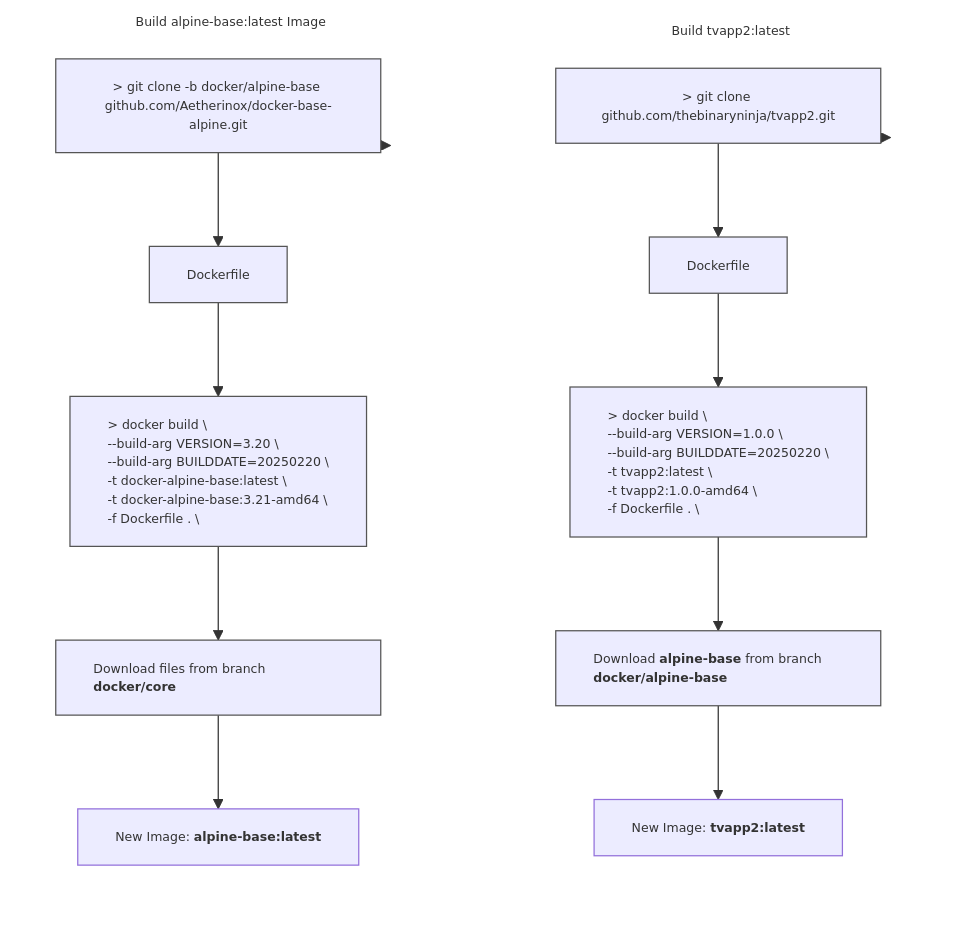
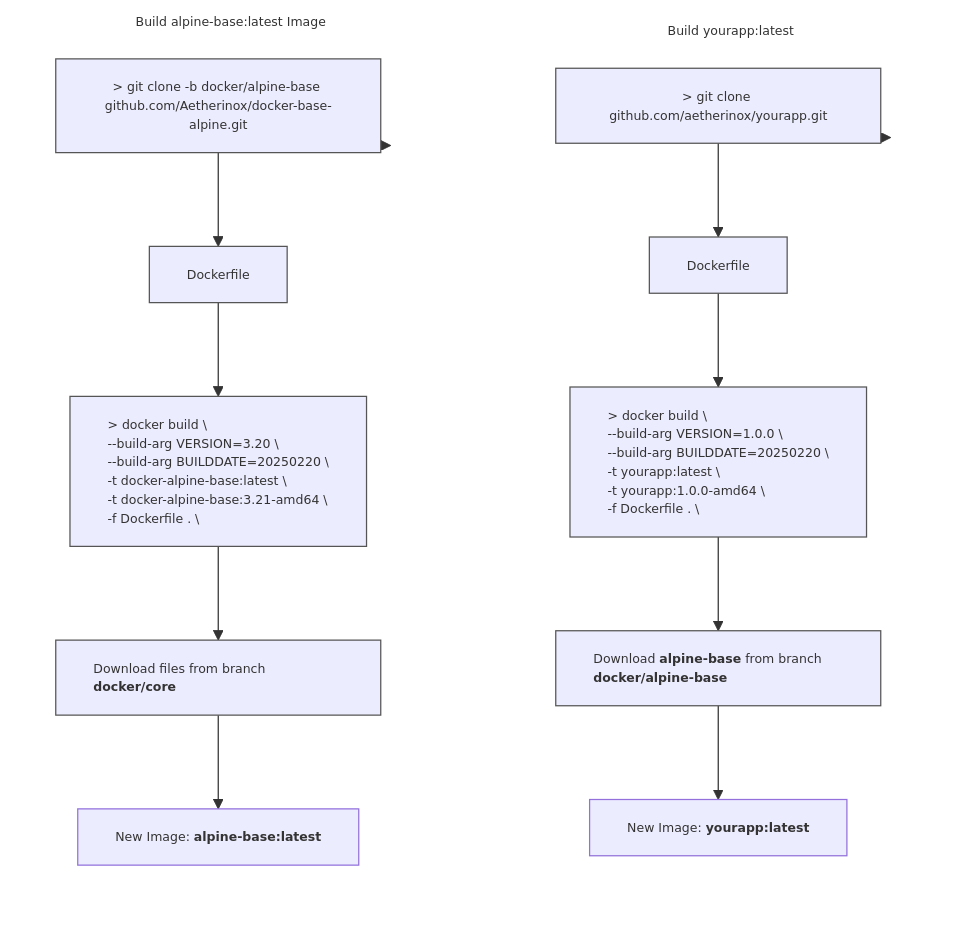
The diagram in README.md (aetherinox/docker-base-alpine), drawn with Mermaid before and after one commit. The commit also changed other lines of this file, not shown here.

````diff
--- a/README.md
+++ b/README.md
@@ -862,49 +870,49 @@
 ```mermaid
 %%{init: { 'themeVariables': { 'fontSize': '10px' }}}%%
 flowchart TB
 
-subgraph GRAPH_TVAPP ["Build tvapp2:latest"]
+subgraph GRAPH_TVAPP ["Build yourapp:latest"]
     direction TB
-    obj_step10["`&gt; git clone github.com/thebinaryninja/tvapp2.git`"]
+    obj_step10["`&gt; git clone github.com/aetherinox/yourapp.git`"]
     obj_step11["`Dockerfile`"]
     obj_step12["`&gt; docker build &bsol;
     --build-arg VERSION=1.0.0 &bsol;
     --build-arg BUILDDATE=20250220 &bsol;
-    -t tvapp2:latest &bsol;
-    -t tvapp2:1.0.0-amd64 &bsol;
+    -t yourapp:latest &bsol;
+    -t yourapp:1.0.0-amd64 &bsol;
     -f Dockerfile . &bsol;`"]
     obj_step13["`Download **alpine-base** from branch **docker/alpine-base**`"]
-    obj_step14["`New Image: **tvapp2:latest**`"]
+    obj_step14["`New Image: **yourapp:latest**`"]
 
     style obj_step10 text-align:center,stroke-width:1px,stroke:#555
     style obj_step11 text-align:left,stroke-width:1px,stroke:#555
     style obj_step12 text-align:left,stroke-width:1px,stroke:#555
     style obj_step13 text-align:left,stroke-width:1px,stroke:#555
 end
 
 style GRAPH_TVAPP text-align:center,stroke-width:1px,stroke:transparent,fill:transparent
 
 subgraph GRAPH_ALPINE["Build alpine-base:latest Image"]
 direction TB
     obj_step20["`&gt; git clone -b docker/alpine-base github.com/Aetherinox/docker-base-alpine.git`"]
     obj_step21["`Dockerfile`"]
     obj_step22["`&gt; docker build &bsol;
     --build-arg VERSION=3.20 &bsol;
     --build-arg BUILDDATE=20250220 &bsol;
     -t docker-alpine-base:latest &bsol;
     -t docker-alpine-base:3.21-amd64 &bsol;
     -f Dockerfile . &bsol;`"]
     obj_step23["`Download files from branch **docker/core**`"]
     obj_step24["`New Image: **alpine-base:latest**`"]
 
     style obj_step20 text-align:center,stroke-width:1px,stroke:#555
     style obj_step21 text-align:left,stroke-width:1px,stroke:#555
     style obj_step22 text-align:left,stroke-width:1px,stroke:#555
     style obj_step23 text-align:left,stroke-width:1px,stroke:#555
 end
 
 style GRAPH_ALPINE text-align:center,stroke-width:1px,stroke:transparent,fill:transparent
 
 GRAPH_TVAPP --> obj_step10 --> obj_step11 --> obj_step12 --> obj_step13 --> obj_step14
 GRAPH_ALPINE --> obj_step20 --> obj_step21 --> obj_step22 --> obj_step23 --> obj_step24
 ```
````
